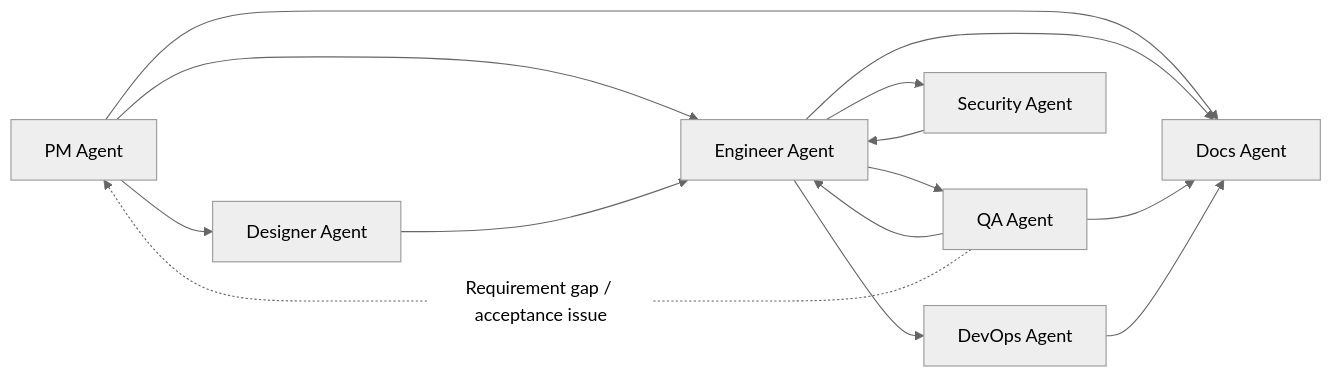
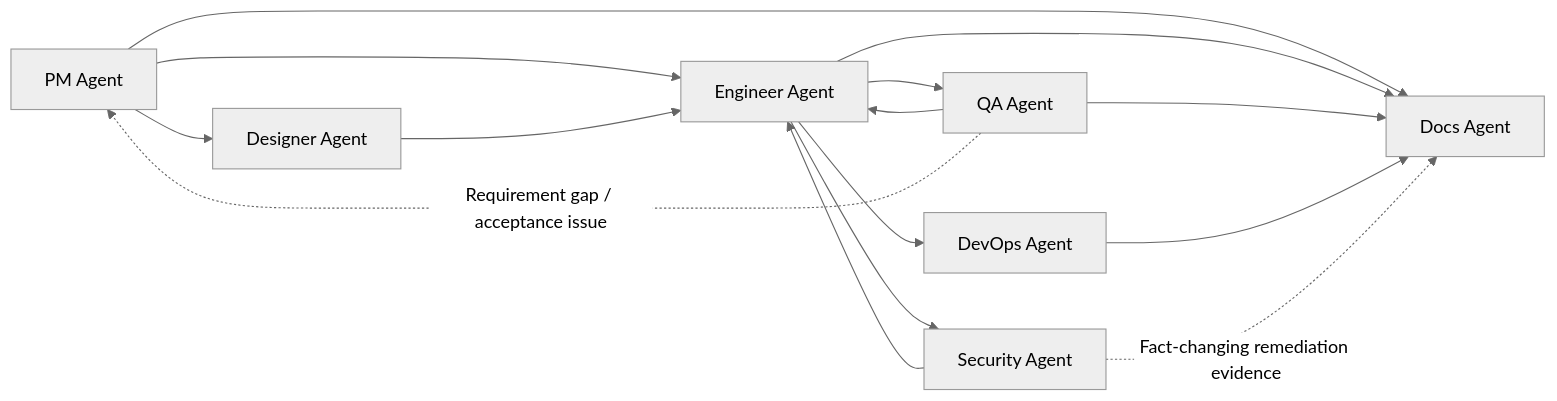
One commit to Neplich/dev-agent-skills changed the diagram in README.md. Above: the diagram before and after it, drawn with Mermaid (neutral theme). The commit also changed 7 other files, not shown here.

````diff
--- a/README.md
+++ b/README.md
@@ -99,16 +99,17 @@
 ```mermaid
 flowchart LR
     PM["PM Agent"] --> Designer["Designer Agent"]
     PM --> Engineer["Engineer Agent"]
     Designer --> Engineer
     Engineer --> QA["QA Agent"]
     QA --> Engineer
     QA -. "Requirement gap / acceptance issue" .-> PM
     Engineer --> DevOps["DevOps Agent"]
     Engineer --> Security["Security Agent"]
     Security --> Engineer
     PM --> Docs["Docs Agent"]
     Engineer --> Docs
     QA --> Docs
     DevOps --> Docs
+    Security -. "Fact-changing remediation evidence" .-> Docs
 ```
````
